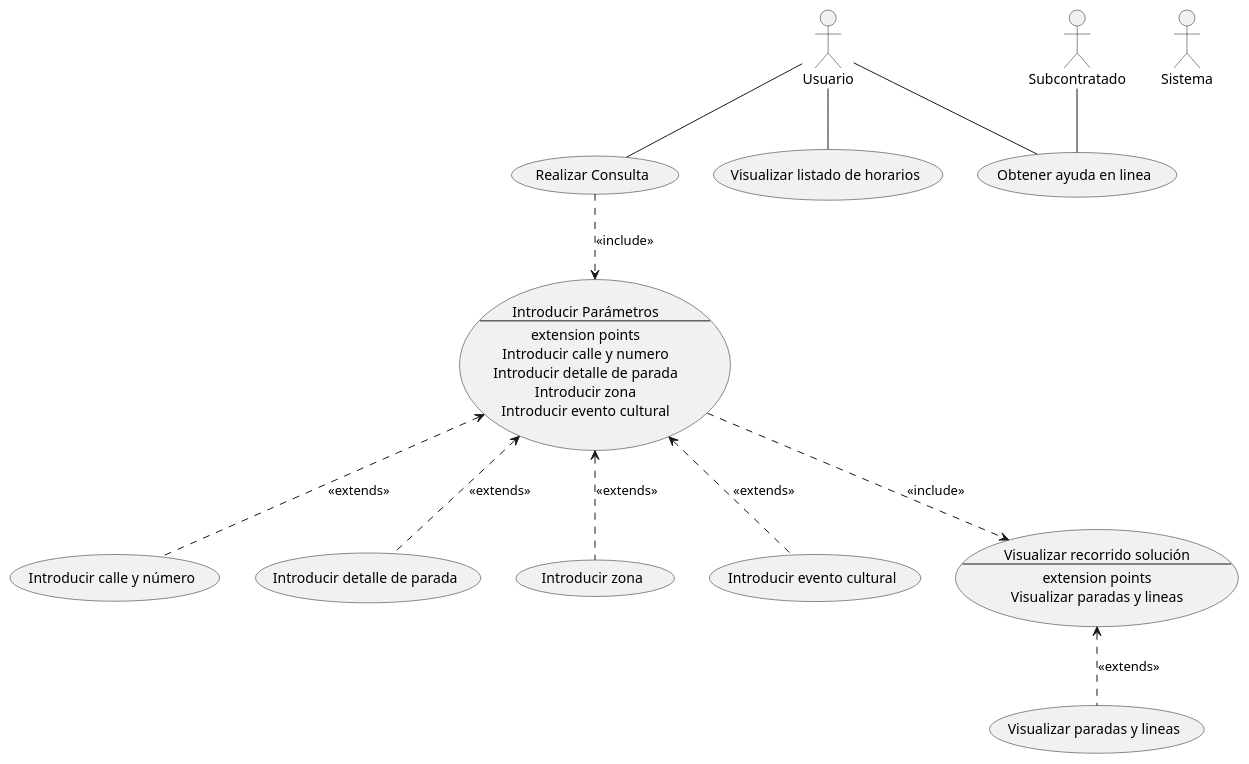
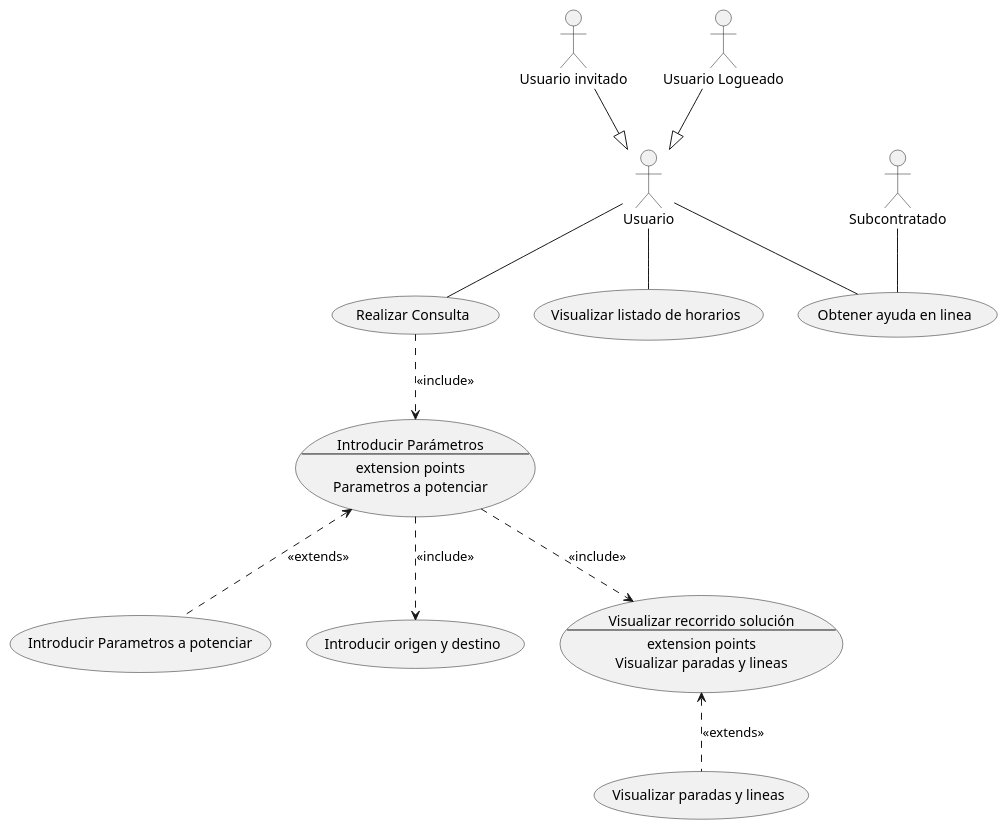
One commit to cgg734/INRE-UAL-MORADO-2022-2023 changed the diagram in Proyecto/source/SIIT.puml. Above: the diagram before and after it, drawn with PlantUML. The commit also changed 1 other file, not shown here.

```diff
--- a/Proyecto/source/SIIT.puml
+++ b/Proyecto/source/SIIT.puml
@@ -1,48 +1,45 @@
 @startuml SIIT
+actor UI as "Usuario invitado"
+actor UL as "Usuario Logueado"
+actor Usuario
+actor Subcontratado
 
-actor Usuario
-actor Sistema
-actor Subcontratado
+UI--|>Usuario
+UL--|>Usuario
 
 usecase (Ayuda) as  "Obtener ayuda en linea"
 usecase (Consulta) as "Realizar Consulta"
 usecase (Horarios) as "Visualizar listado de horarios"
+usecase (Potenciar) as "Introducir Parametros a potenciar"
+usecase (Origen) as "Introducir origen y destino"
 
-usecase (Calle) as "Introducir calle y número"
-usecase (Detalle) as "Introducir detalle de parada"
-usecase (Barrio) as "Introducir zona"
-usecase (Evento) as "Introducir evento cultural"
 
 usecase Parametros as "Introducir Parámetros
 --
 extension points
-Introducir calle y numero
-Introducir detalle de parada
-Introducir zona
-Introducir evento cultural"
+Parametros a potenciar
+"
 
 Usuario--Horarios
 Usuario--Consulta
 Usuario--Ayuda
 Subcontratado--Ayuda
 
 (Consulta)..>(Parametros) : <<include>> 
-(Parametros)<..(Calle) : <<extends>>
-(Parametros)<..(Detalle) : <<extends>>
-(Parametros)<..(Barrio) : <<extends>>
-(Parametros)<..(Evento) : <<extends>>
+(Parametros)..>(Origen) : <<include>> 
+(Parametros)<..(Potenciar) : <<extends>>
 
 
 usecase Solucion as "Visualizar recorrido solución
 --
 extension points
 Visualizar paradas y lineas"
 usecase (MostrarInfoExtra) as "Visualizar paradas y lineas"
 
 
 (Parametros)..>(Solucion) : <<include>> 
 (Solucion)<..(MostrarInfoExtra) : <<extends>>
 
 
 
 @enduml
```
